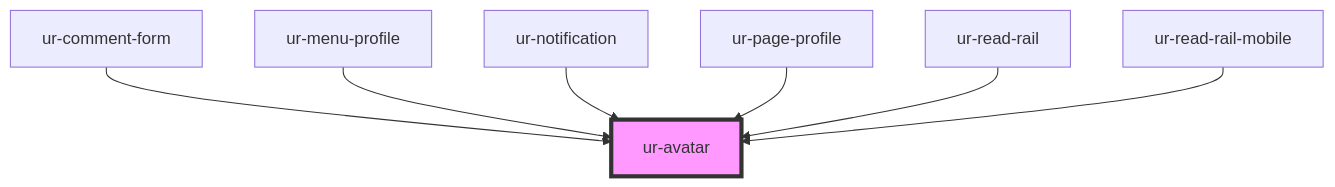
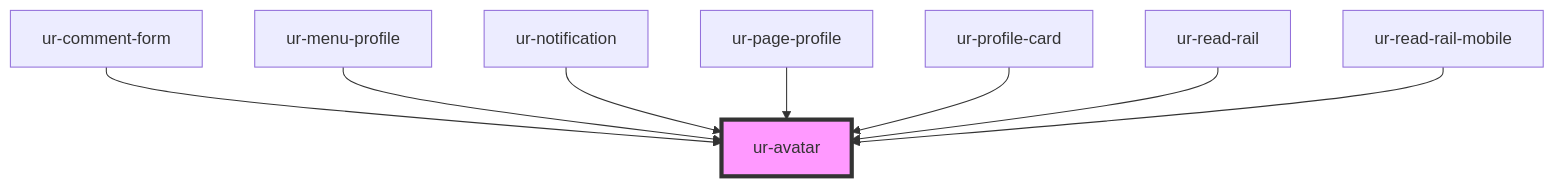
Before and after one commit to hellish/urnovl-web-components: the diagram in src/components/ur-avatar/readme.md, drawn with Mermaid. The commit also changed other lines of this file and 14 other files, not shown here.

````diff
--- a/src/components/ur-avatar/readme.md
+++ b/src/components/ur-avatar/readme.md
@@ -31,10 +32,11 @@
 ```mermaid
 graph TD;
   ur-comment-form --> ur-avatar
   ur-menu-profile --> ur-avatar
   ur-notification --> ur-avatar
   ur-page-profile --> ur-avatar
+  ur-profile-card --> ur-avatar
   ur-read-rail --> ur-avatar
   ur-read-rail-mobile --> ur-avatar
   style ur-avatar fill:#f9f,stroke:#333,stroke-width:4px
 ```
````
